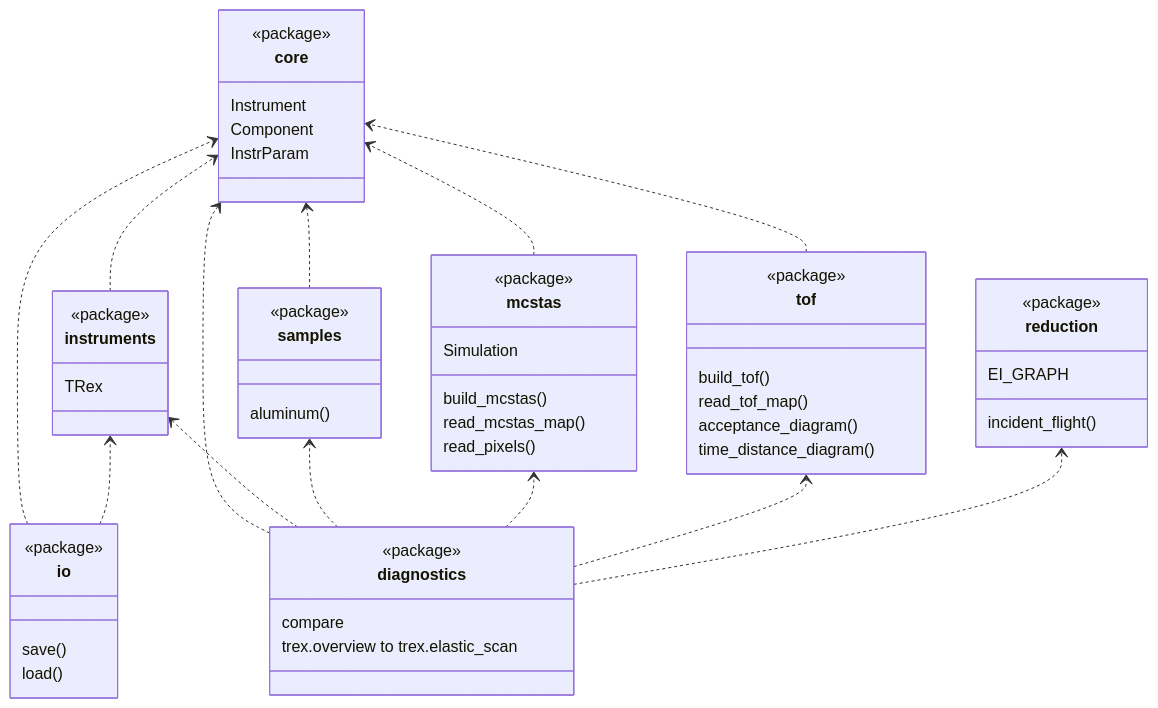
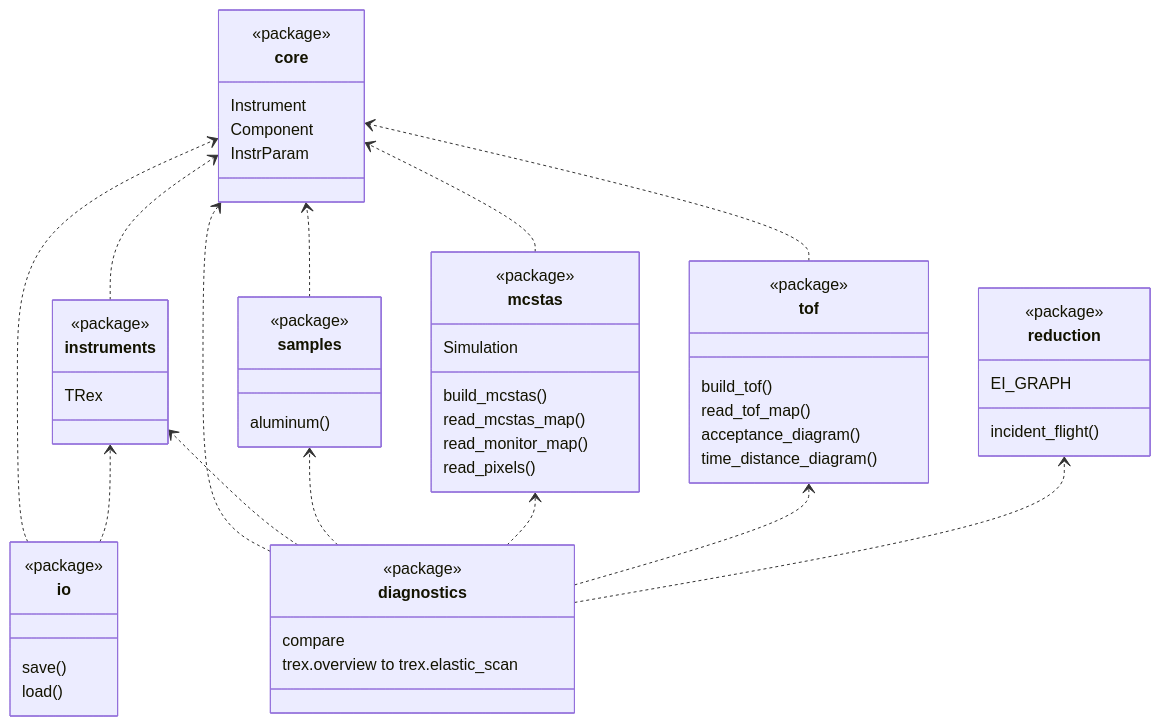
The diagram in docs/code-layout.md (bingli621/mcdgs), drawn with Mermaid before and after one commit. The commit also changed 8 other files, not shown here.

````diff
--- a/docs/code-layout.md
+++ b/docs/code-layout.md
@@ -23,59 +23,60 @@
 ```mermaid
 classDiagram
     direction BT
     class core {
         <<package>>
         Instrument
         Component
         InstrParam
     }
     class instruments {
         <<package>>
         TRex
     }
     class samples {
         <<package>>
         aluminum()
     }
     class mcstas {
         <<package>>
         build_mcstas()
         Simulation
         read_mcstas_map()
+        read_monitor_map()
         read_pixels()
     }
     class tof {
         <<package>>
         build_tof()
         read_tof_map()
         acceptance_diagram()
         time_distance_diagram()
     }
     class io {
         <<package>>
         save()
         load()
     }
     class reduction {
         <<package>>
         EI_GRAPH
         incident_flight()
     }
     class diagnostics {
         <<package>>
         compare
         trex.overview to trex.elastic_scan
     }
     instruments ..> core
     samples ..> core
     mcstas ..> core
     tof ..> core
     io ..> core
     io ..> instruments
     diagnostics ..> core
     diagnostics ..> instruments
     diagnostics ..> samples
     diagnostics ..> mcstas
     diagnostics ..> tof
     diagnostics ..> reduction
 ```
````
